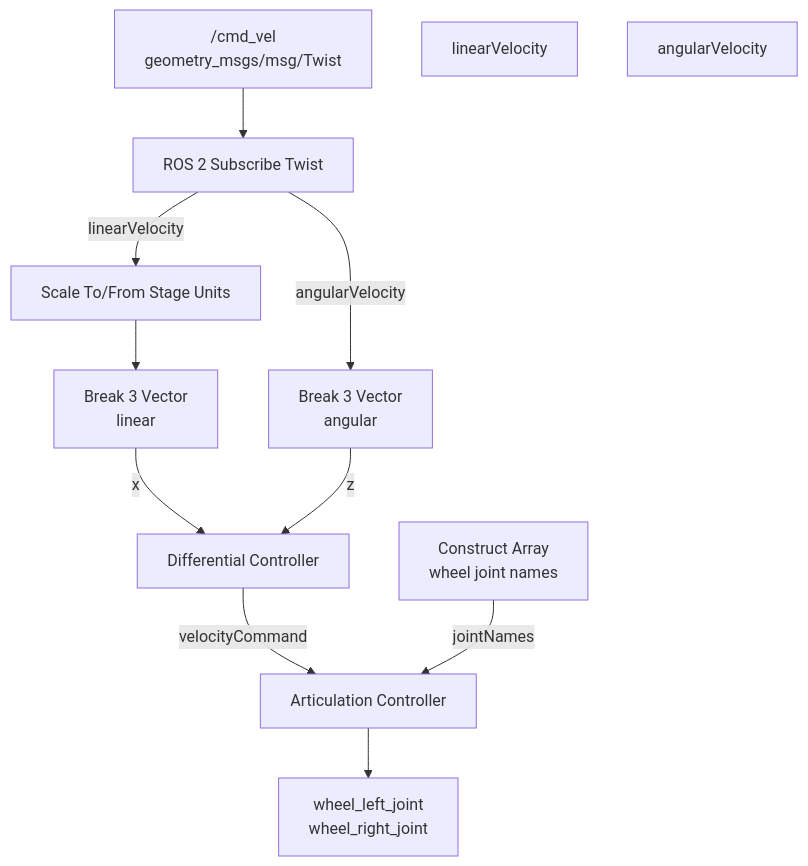
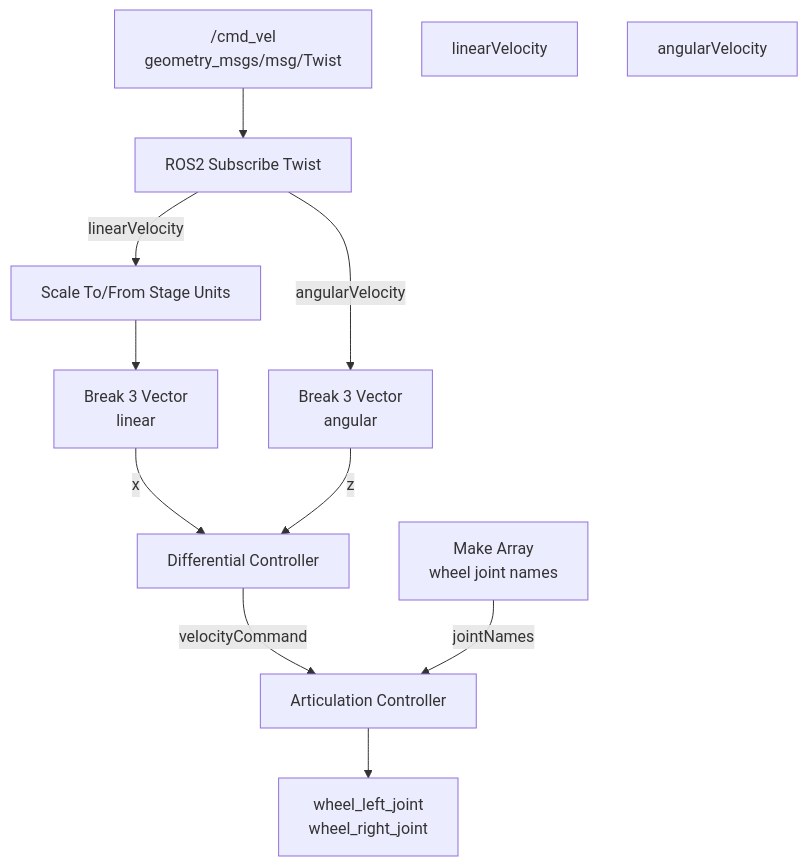
Before and after one commit to Tatwik19/Tatwik19.github.io: the fourth of 14 diagrams in _teaching/Robotics-Systems-I/labs/lab-03-isaac-sim/index.md, drawn with Mermaid. The commit also changed other lines of this file, not shown here.

````diff
--- a/_teaching/Robotics-Systems-I/labs/lab-03-isaac-sim/index.md
+++ b/_teaching/Robotics-Systems-I/labs/lab-03-isaac-sim/index.md
@@ -981,24 +996,24 @@
 ```mermaid
 flowchart TD
     Cmd["/cmd_vel<br/>geometry_msgs/msg/Twist"]
-    Sub["ROS 2 Subscribe Twist"]
+    Sub["ROS2 Subscribe Twist"]
     Linear["linearVelocity"]
     Angular["angularVelocity"]
     Scale["Scale To/From Stage Units"]
     BreakLinear["Break 3 Vector<br/>linear"]
     BreakAngular["Break 3 Vector<br/>angular"]
     Diff["Differential Controller"]
-    Array["Construct Array<br/>wheel joint names"]
+    Array["Make Array<br/>wheel joint names"]
     Art["Articulation Controller"]
     Wheels["wheel_left_joint<br/>wheel_right_joint"]
 
     Cmd --> Sub
     Sub -->|"linearVelocity"| Scale
     Scale --> BreakLinear
     BreakLinear -->|"x"| Diff
     Sub -->|"angularVelocity"| BreakAngular
     BreakAngular -->|"z"| Diff
     Diff -->|"velocityCommand"| Art
     Array -->|"jointNames"| Art
     Art --> Wheels
 ```
````
